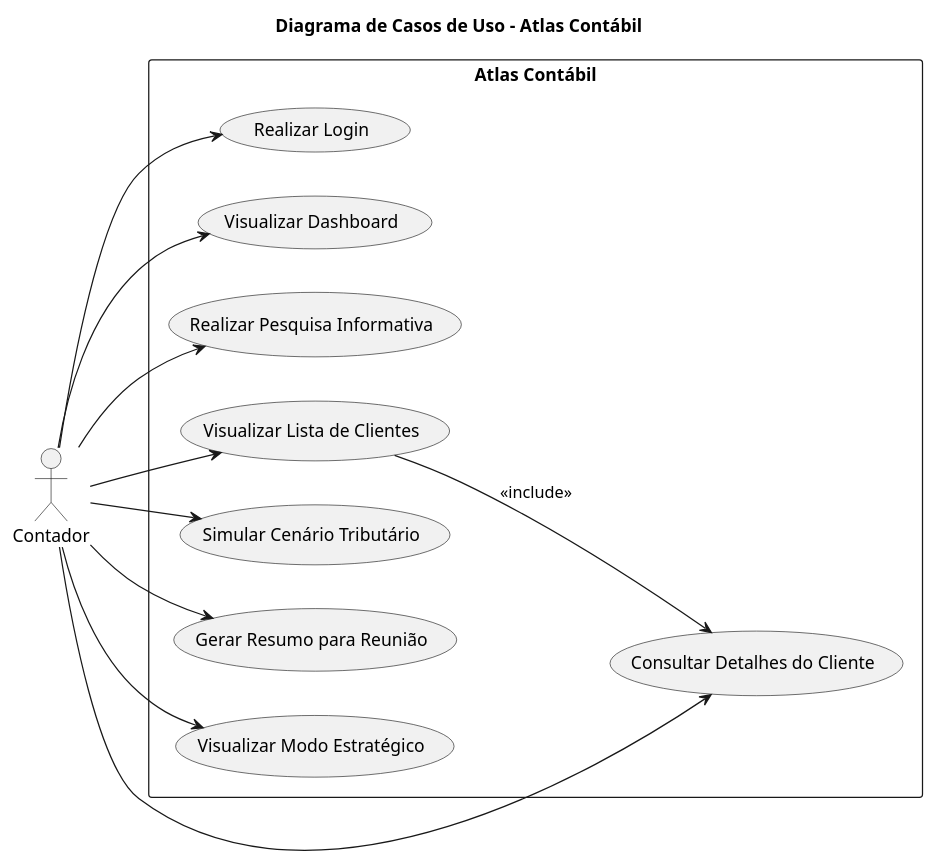
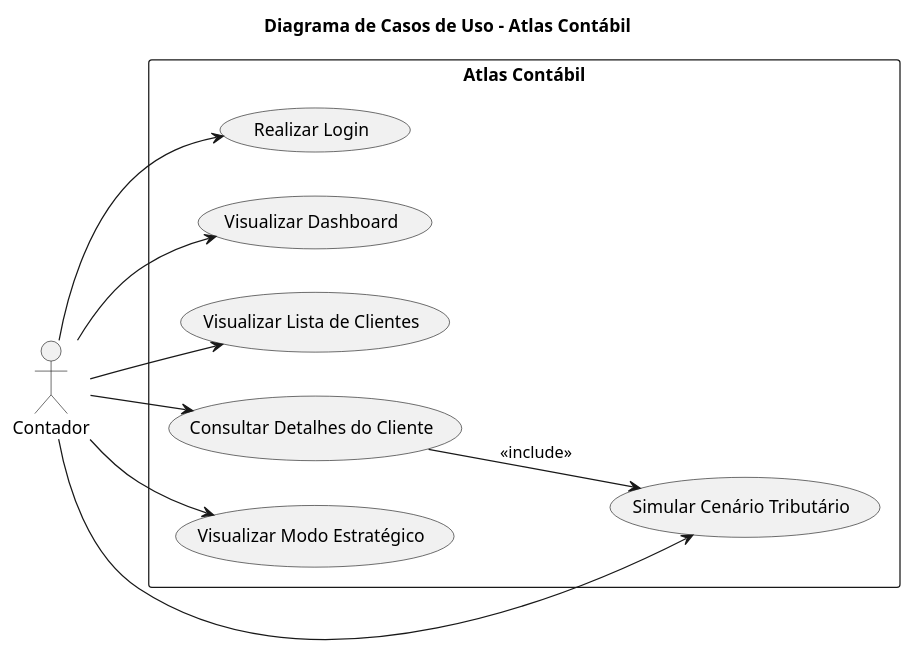
One commit to luiscoelho-wq/PI-Desenvolvimento_Sistemas_Moveis-Equipe_9 changed the diagram in docs/casos_de_uso/diagramas.puml. Above: the diagram before and after it, drawn with PlantUML.

Commit message:
Refactor use case diagram by removing unused cases

```diff
--- a/docs/casos_de_uso/diagramas.puml
+++ b/docs/casos_de_uso/diagramas.puml
@@ -1,32 +1,28 @@
 @startuml
 title Diagrama de Casos de Uso - Atlas Contábil
 
 left to right direction
 
 actor "Contador" as Usuario
 
 rectangle "Atlas Contábil" {
 
   (Realizar Login) as UC1
   (Visualizar Dashboard) as UC2
-  (Realizar Pesquisa Informativa) as UC3
-  (Visualizar Lista de Clientes) as UC4
-  (Consultar Detalhes do Cliente) as UC5
-  (Simular Cenário Tributário) as UC6
-  (Gerar Resumo para Reunião) as UC7
-  (Visualizar Modo Estratégico) as UC8
+  (Visualizar Lista de Clientes) as UC3
+  (Consultar Detalhes do Cliente) as UC4
+  (Simular Cenário Tributário) as UC5
+  (Visualizar Modo Estratégico) as UC6
 
 }
 
 Usuario --> UC1
 Usuario --> UC2
 Usuario --> UC3
 Usuario --> UC4
 Usuario --> UC5
 Usuario --> UC6
-Usuario --> UC7
-Usuario --> UC8
 
 UC4 --> UC5 : <<include>>
 
 @enduml
```
